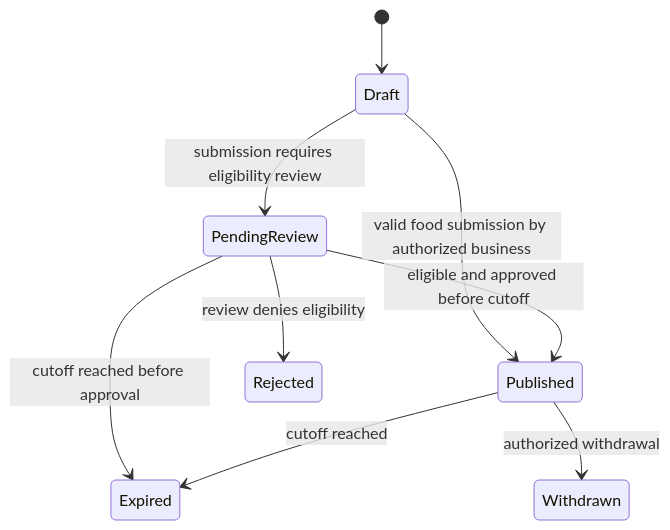
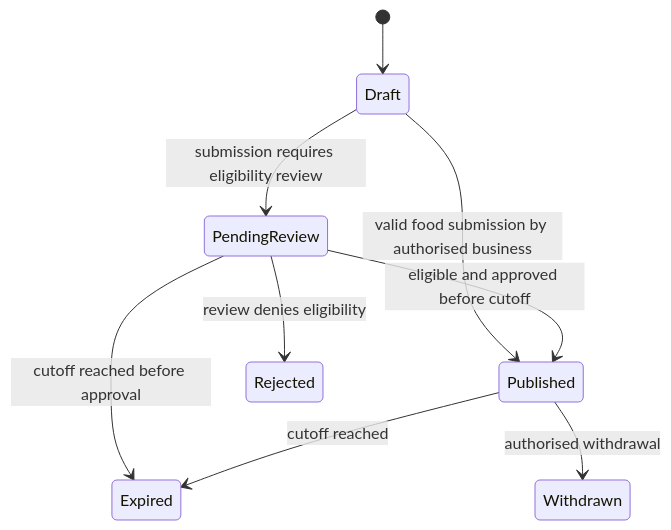
One commit to aunabil-abtahi/lastcall-sad changed diagram 14 of 19 in docs/05-srs/SRS.md. Above: the diagram before and after it, drawn with Mermaid. The commit also changed other lines of this file, not shown here.

````diff
--- a/docs/05-srs/SRS.md
+++ b/docs/05-srs/SRS.md
@@ -897,11 +1016,11 @@
 ```mermaid
 stateDiagram-v2
  [*] --> Draft
  Draft --> PendingReview : submission requires eligibility review
- Draft --> Published : valid food submission by authorized business
+ Draft --> Published : valid food submission by authorised business
  PendingReview --> Published : eligible and approved before cutoff
  PendingReview --> Rejected : review denies eligibility
  PendingReview --> Expired : cutoff reached before approval
  Published --> Expired : cutoff reached
- Published --> Withdrawn : authorized withdrawal
+ Published --> Withdrawn : authorised withdrawal
 ```
````
